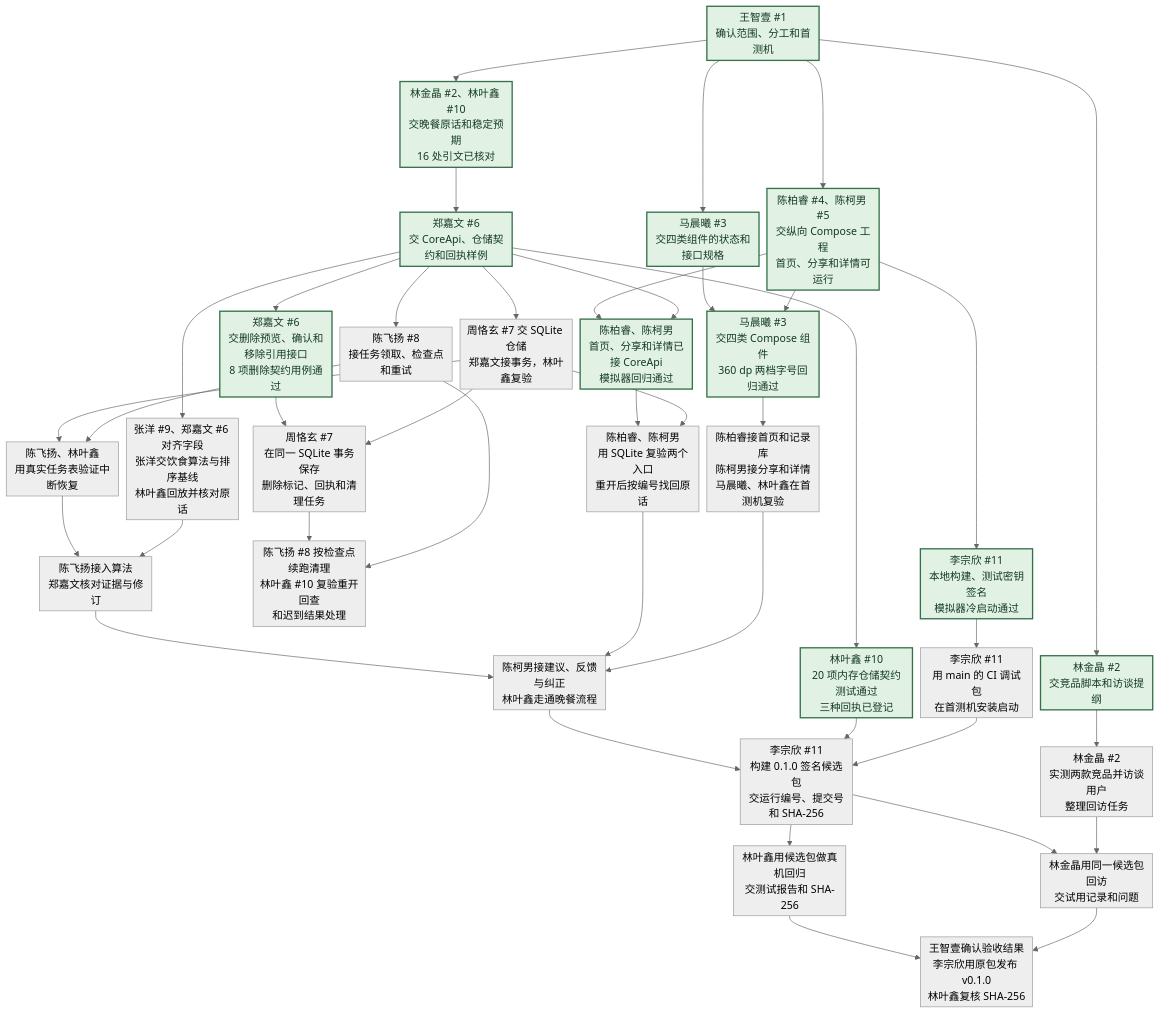
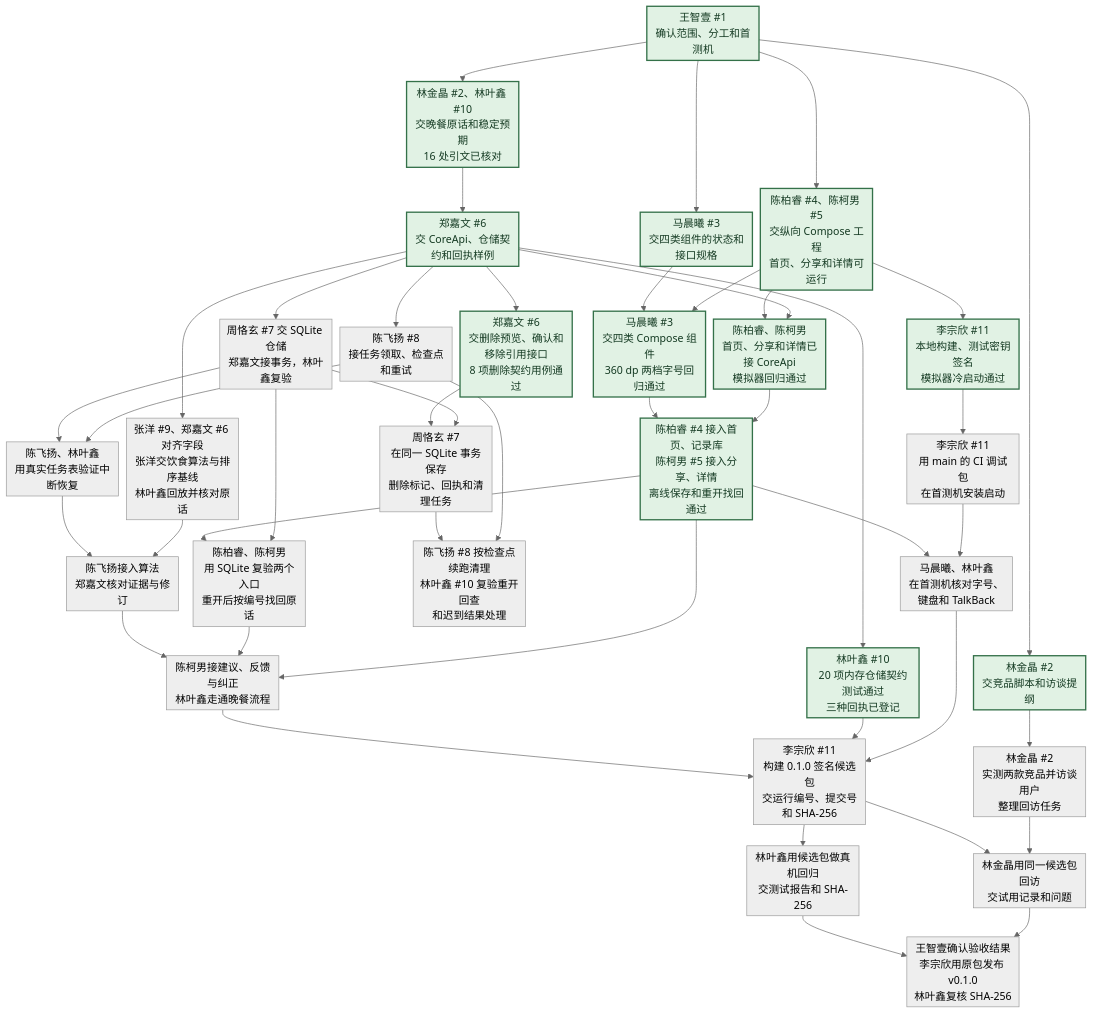
Before and after one commit to 155TuT/2601-fzu-SoftwareEngineering-YuezhongWu: the diagram in homework/team/task8/plan.md, drawn with Mermaid (neutral theme). The commit also changed other lines of this file, not shown here.

Commit message:
docs(task8): mark in plan.md

````diff
--- a/homework/team/task8/plan.md
+++ b/homework/team/task8/plan.md
@@ -56,50 +58,53 @@
 ```mermaid
 %%{init: {"flowchart": {"nodeSpacing": 12, "rankSpacing": 32, "padding": 5, "wrappingWidth": 150}}}%%
 flowchart TD
     accTitle: PebblePile Android v0.1.0 工作依赖
     claim["王智壹 #1<br/>确认范围、分工和首测机"]:::ready
     claim --> project["陈柏睿 #4、陈柯男 #5<br/>交纵向 Compose 工程<br/>首页、分享和详情可运行"]:::ready
     claim --> prep["林金晶 #2<br/>交竞品脚本和访谈提纲"]:::ready
     claim --> sample["林金晶 #2、林叶鑫 #10<br/>交晚餐原话和稳定预期<br/>16 处引文已核对"]:::ready
     claim --> spec["马晨曦 #3<br/>交四类组件的状态和接口规格"]:::ready
 
     project --> build["李宗欣 #11<br/>本地构建、测试密钥签名<br/>模拟器冷启动通过"]:::ready
     build --> device["李宗欣 #11<br/>用 main 的 CI 调试包<br/>在首测机安装启动"]
     sample --> api["郑嘉文 #6<br/>交 CoreApi、仓储契约和回执样例"]:::ready
     project --> pages["陈柏睿、陈柯男<br/>首页、分享和详情已接 CoreApi<br/>模拟器回归通过"]:::ready
     api --> pages
     api --> tests["林叶鑫 #10<br/>20 项内存仓储契约测试通过<br/>三种回执已登记"]:::ready
     spec --> kit["马晨曦 #3<br/>交四类 Compose 组件<br/>360 dp 两档字号回归通过"]:::ready
     project --> kit
-    kit --> components["陈柏睿接首页和记录库<br/>陈柯男接分享和详情<br/>马晨曦、林叶鑫在首测机复验"]
+    kit --> components["陈柏睿 #4 接入首页、记录库<br/>陈柯男 #5 接入分享、详情<br/>离线保存和重开找回通过"]:::ready
+    pages --> components
+    components --> componentDevice["马晨曦、林叶鑫<br/>在首测机核对字号、键盘和 TalkBack"]
+    device --> componentDevice
     prep --> research["林金晶 #2<br/>实测两款竞品并访谈用户<br/>整理回访任务"]
 
     api --> deletion["郑嘉文 #6<br/>交删除预览、确认和移除引用接口<br/>8 项删除契约用例通过"]:::ready
     api --> db["周恪玄 #7 交 SQLite 仓储<br/>郑嘉文接事务，林叶鑫复验"]
     deletion --> deletionDb["周恪玄 #7<br/>在同一 SQLite 事务保存<br/>删除标记、回执和清理任务"]
     db --> deletionDb
-    pages --> entries["陈柏睿、陈柯男<br/>用 SQLite 复验两个入口<br/>重开后按编号找回原话"]
+    components --> entries["陈柏睿、陈柯男<br/>用 SQLite 复验两个入口<br/>重开后按编号找回原话"]
     db --> entries
     api --> jobs["陈飞扬 #8<br/>接任务领取、检查点和重试"]
     deletionDb --> cleanup["陈飞扬 #8 按检查点续跑清理<br/>林叶鑫 #10 复验重开回查<br/>和迟到结果处理"]
     jobs --> cleanup
     db --> recover["陈飞扬、林叶鑫<br/>用真实任务表验证中断恢复"]
     jobs --> recover
     api --> algorithm["张洋 #9、郑嘉文 #6 对齐字段<br/>张洋交饮食算法与排序基线<br/>林叶鑫回放并核对原话"]
     recover --> integration["陈飞扬接入算法<br/>郑嘉文核对证据与修订"]
     algorithm --> integration
     integration --> dinner["陈柯男接建议、反馈与纠正<br/>林叶鑫走通晚餐流程"]
     entries --> dinner
     components --> dinner
 
     dinner --> candidate["李宗欣 #11<br/>构建 0.1.0 签名候选包<br/>交运行编号、提交号和 SHA-256"]
     tests --> candidate
-    device --> candidate
+    componentDevice --> candidate
     candidate --> qa["林叶鑫用候选包做真机回归<br/>交测试报告和 SHA-256"]
     candidate --> trial["林金晶用同一候选包回访<br/>交试用记录和问题"]
     research --> trial
     qa --> release["王智壹确认验收结果<br/>李宗欣用原包发布 v0.1.0<br/>林叶鑫复核 SHA-256"]
     trial --> release
 
     classDef ready fill:#e1f2e4,stroke:#347149,color:#143a22,stroke-width:2px
 ```
````
